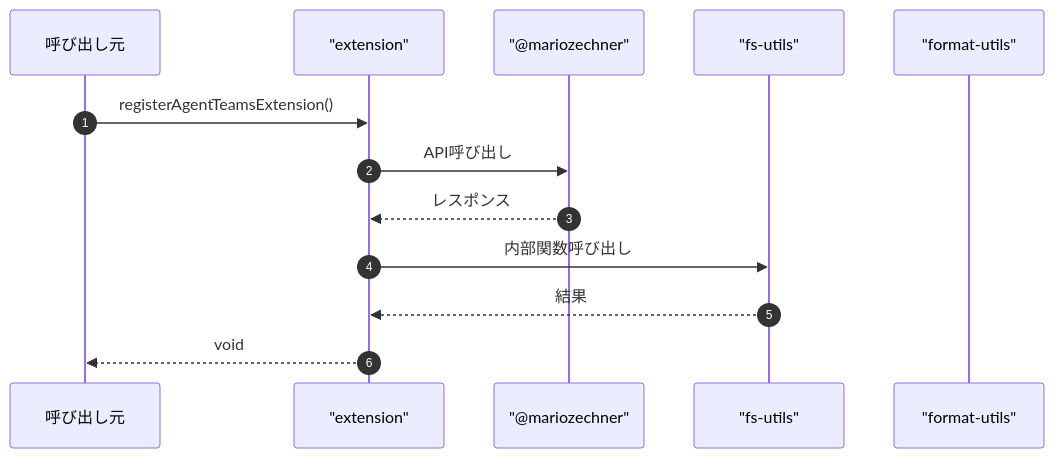
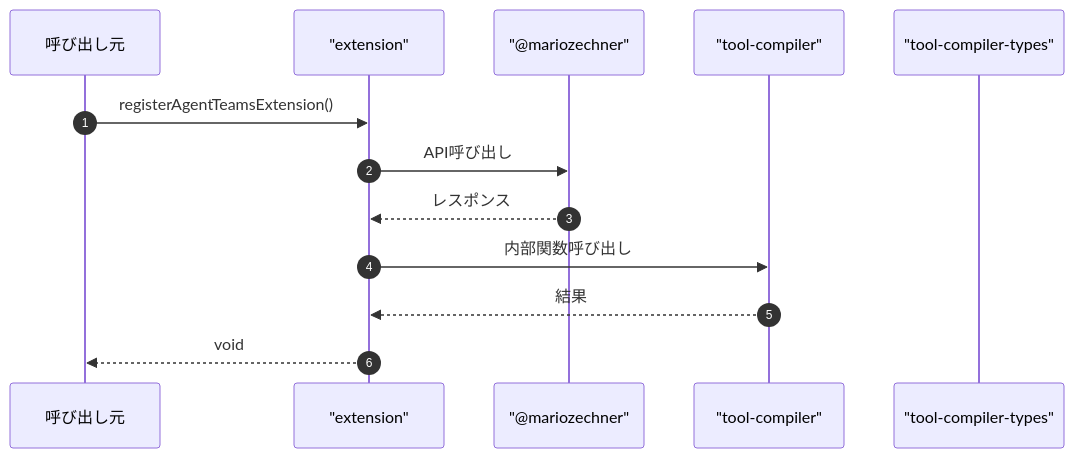
Before and after one commit to Mekann2904/mekann: diagram 11 of 11 in ABDD/.pi/extensions/agent-teams/extension.md, drawn with Mermaid. The commit also changed other lines of this file and 257 other files, not shown here.

````diff
--- a/ABDD/.pi/extensions/agent-teams/extension.md
+++ b/ABDD/.pi/extensions/agent-teams/extension.md
@@ -791,16 +818,16 @@
 ```mermaid
 sequenceDiagram
   autonumber
   participant Caller as 呼び出し元
   participant extension as "extension"
   participant mariozechner as "@mariozechner"
-  participant fs_utils as "fs-utils"
-  participant format_utils as "format-utils"
+  participant tool_compiler as "tool-compiler"
+  participant tool_compiler_types as "tool-compiler-types"
 
   Caller->>extension: registerAgentTeamsExtension()
   extension->>mariozechner: API呼び出し
   mariozechner-->>extension: レスポンス
-  extension->>fs_utils: 内部関数呼び出し
-  fs_utils-->>extension: 結果
+  extension->>tool_compiler: 内部関数呼び出し
+  tool_compiler-->>extension: 結果
   extension-->>Caller: void
 ```
````
